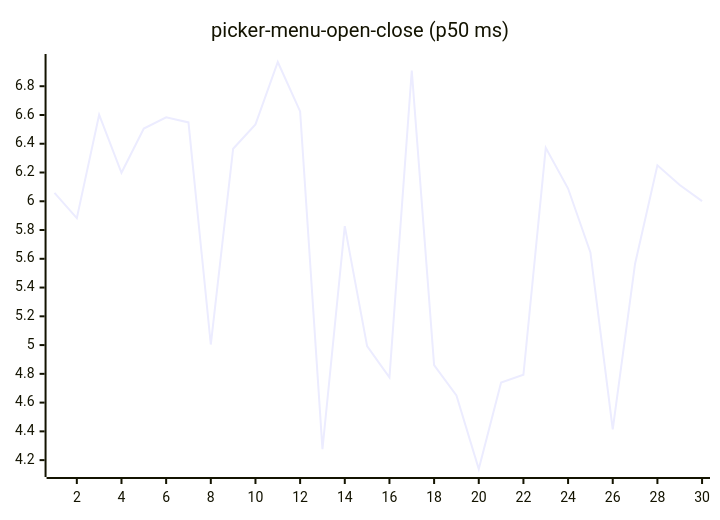
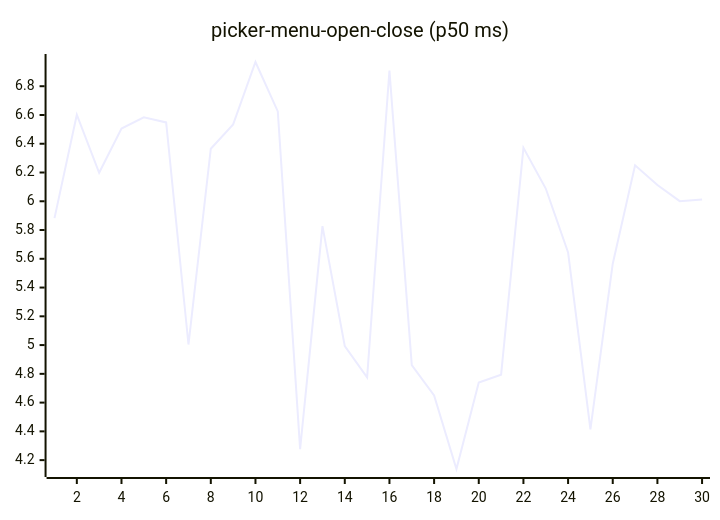
One commit to josha/Facet changed diagram 16 of 27 in README.md. Above: the diagram before and after it, drawn with Mermaid. The commit also changed other lines of this file and 2 other files, not shown here.

````diff
--- a/README.md
+++ b/README.md
@@ -168,6 +168,6 @@
 ```mermaid
 xychart-beta
     title "picker-menu-open-close (p50 ms)"
     x-axis 1 --> 30
-    line [6.0581, 5.8829, 6.6018, 6.1978, 6.5053, 6.5840, 6.5483, 5.0039, 6.3653, 6.5343, 6.9684, 6.6249, 4.2762, 5.8275, 4.9929, 4.7749, 6.9094, 4.8605, 4.6493, 4.1383, 4.7397, 4.7934, 6.3713, 6.0885, 5.6440, 4.4145, 5.5656, 6.2500, 6.1133, 6.0006]
+    line [5.8829, 6.6018, 6.1978, 6.5053, 6.5840, 6.5483, 5.0039, 6.3653, 6.5343, 6.9684, 6.6249, 4.2762, 5.8275, 4.9929, 4.7749, 6.9094, 4.8605, 4.6493, 4.1383, 4.7397, 4.7934, 6.3713, 6.0885, 5.6440, 4.4145, 5.5656, 6.2500, 6.1133, 6.0006, 6.0128]
 ```
````
